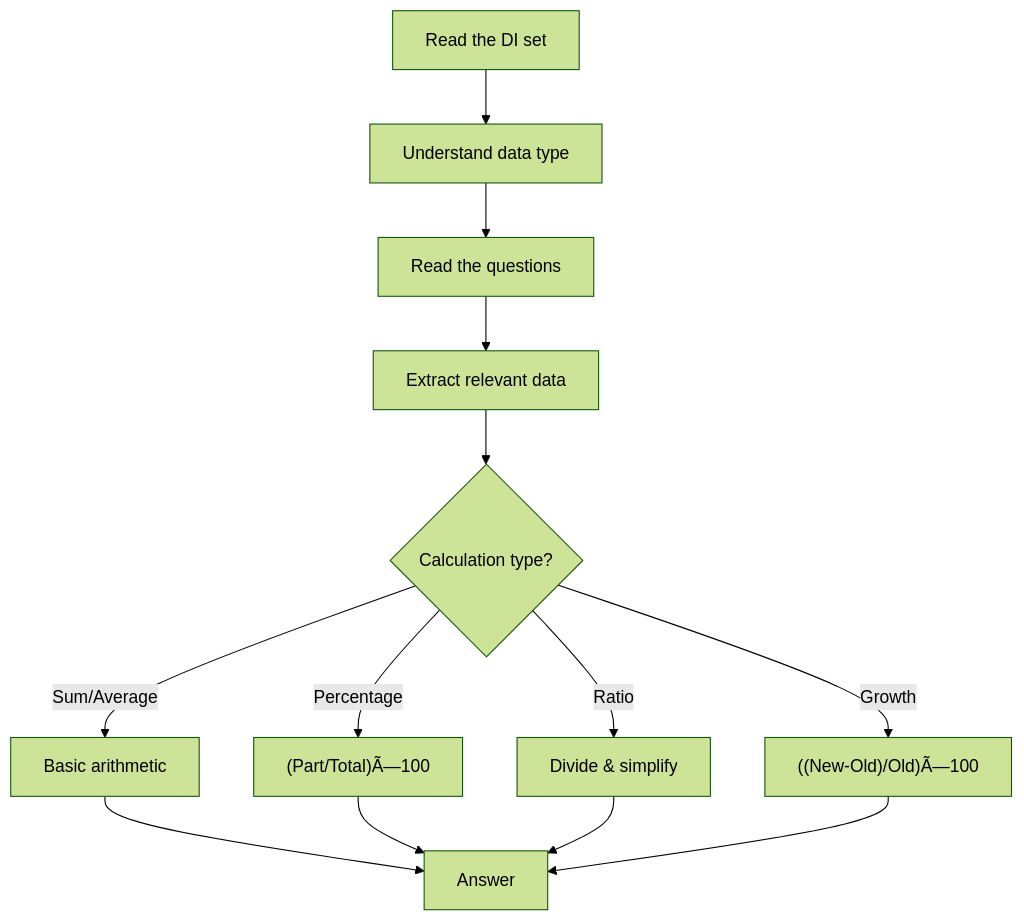
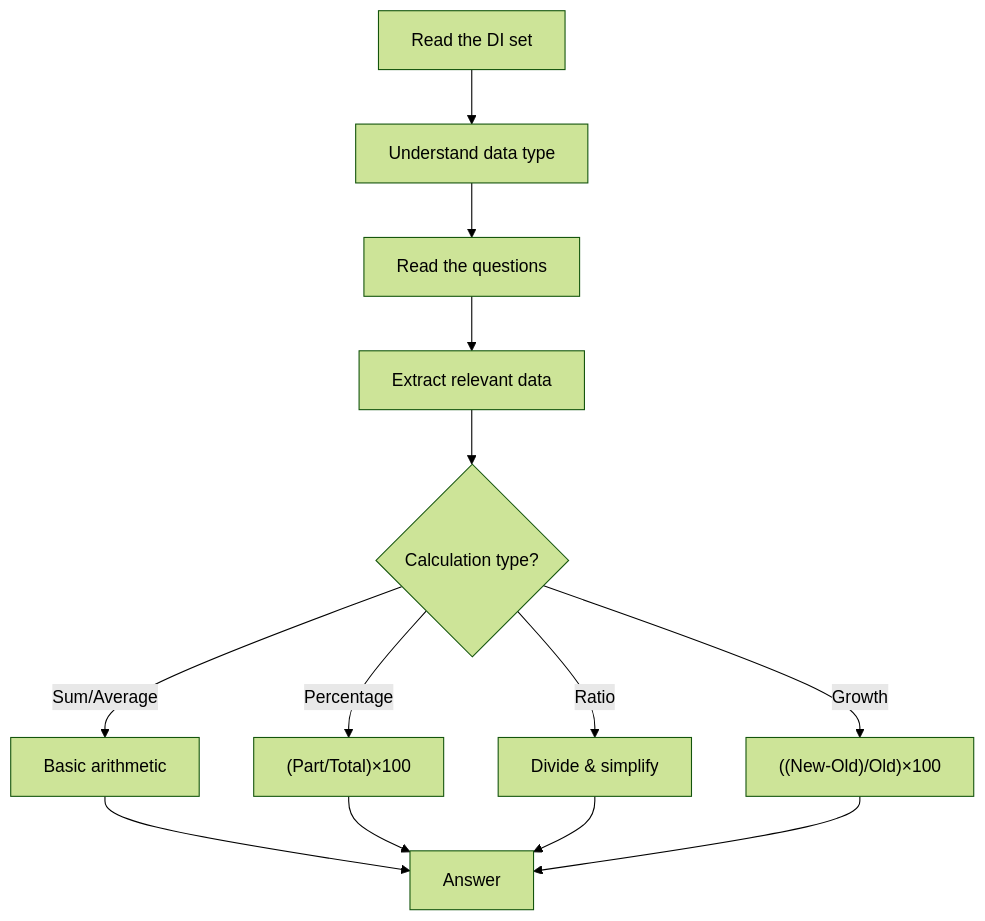
Before and after one commit to Raushan666java/ai-engineering-journey: the third of 7 diagrams in docs/courses/quantitative-aptitude/03-data-interpretation.md, drawn with Mermaid (forest theme). The commit also changed other lines of this file and 965 other files, not shown here.

````diff
--- a/docs/courses/quantitative-aptitude/03-data-interpretation.md
+++ b/docs/courses/quantitative-aptitude/03-data-interpretation.md
@@ -508,15 +508,15 @@
 ```mermaid
 flowchart TD
     A["Read the DI set"] --> B["Understand data type"]
     B --> C["Read the questions"]
     C --> D["Extract relevant data"]
     D --> E{"Calculation type?"}
     E -->|"Sum/Average"| F["Basic arithmetic"]
-    E -->|"Percentage"| G["(Part/Total)Ã—100"]
+    E -->|"Percentage"| G["(Part/Total)×100"]
     E -->|"Ratio"| H["Divide & simplify"]
-    E -->|"Growth"| I["((New-Old)/Old)Ã—100"]
+    E -->|"Growth"| I["((New-Old)/Old)×100"]
     F --> J["Answer"]
     G --> J
     H --> J
     I --> J
 ```
````
